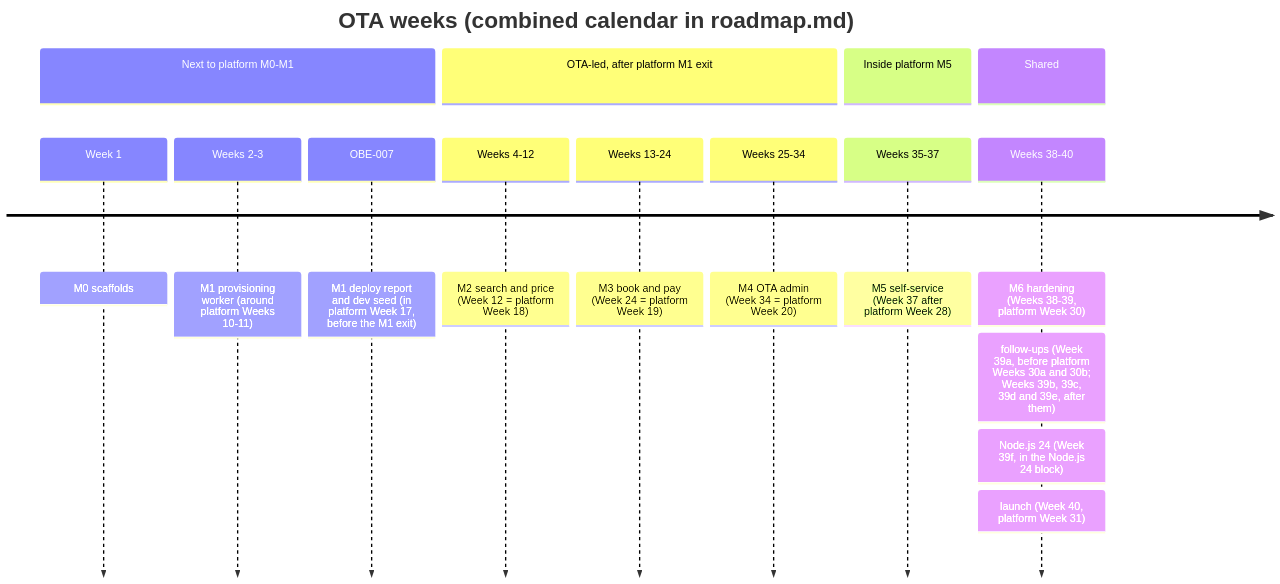
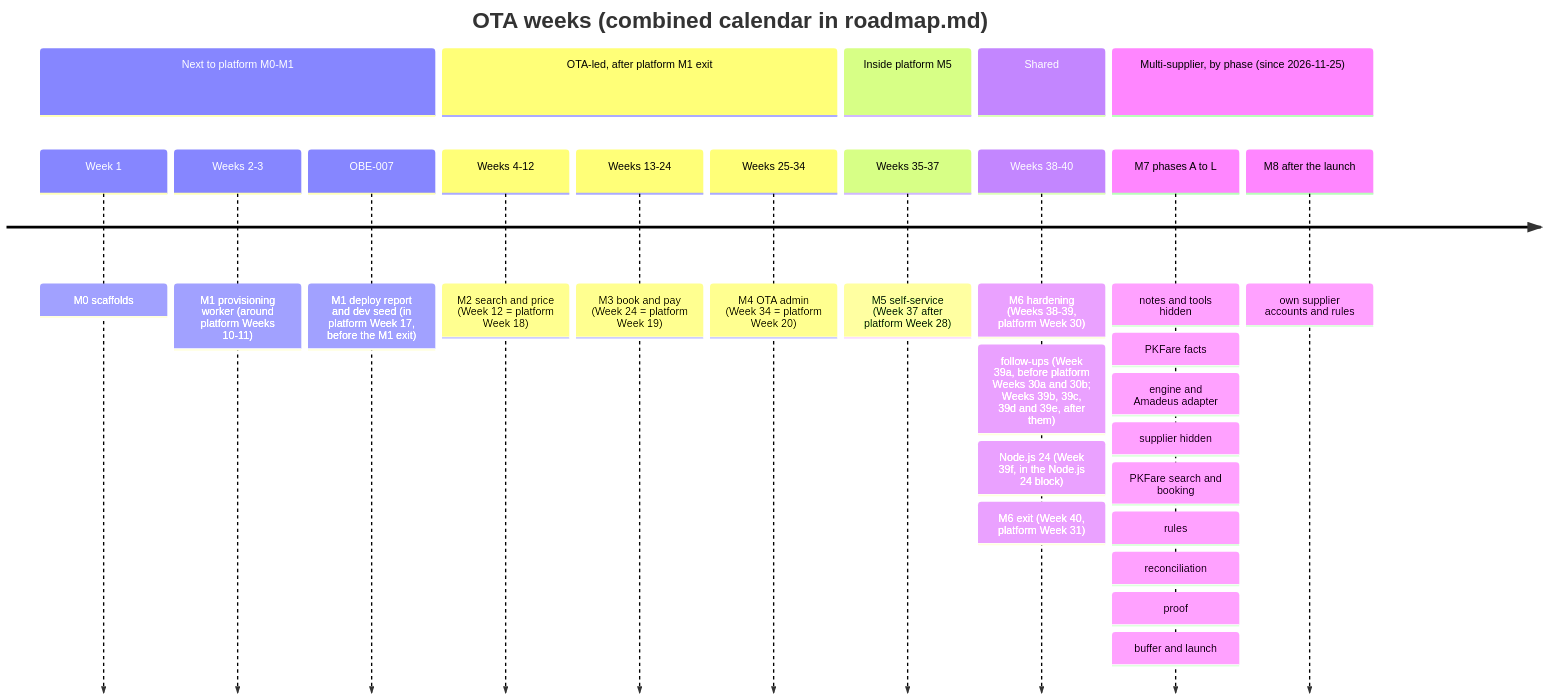
Before and after one commit to bhagwati-prasad/velexis-ota: the diagram in ota/docs/plans/solo-developer-plan.md, drawn with Mermaid. The commit also changed other lines of this file and 35 other files, not shown here.

````diff
--- a/ota/docs/plans/solo-developer-plan.md
+++ b/ota/docs/plans/solo-developer-plan.md
@@ -73,16 +75,19 @@
 ```mermaid
 timeline
   title OTA weeks (combined calendar in roadmap.md)
   section Next to platform M0-M1
     Week 1 : M0 scaffolds
     Weeks 2-3 : M1 provisioning worker (around platform Weeks 10-11)
     OBE-007 : M1 deploy report and dev seed (in platform Week 17, before the M1 exit)
   section OTA-led, after platform M1 exit
     Weeks 4-12 : M2 search and price (Week 12 = platform Week 18)
     Weeks 13-24 : M3 book and pay (Week 24 = platform Week 19)
     Weeks 25-34 : M4 OTA admin (Week 34 = platform Week 20)
   section Inside platform M5
     Weeks 35-37 : M5 self-service (Week 37 after platform Week 28)
   section Shared
-    Weeks 38-40 : M6 hardening (Weeks 38-39, platform Week 30) : follow-ups (Week 39a, before platform Weeks 30a and 30b; Weeks 39b, 39c, 39d and 39e, after them) : Node.js 24 (Week 39f, in the Node.js 24 block) : launch (Week 40, platform Week 31)
+    Weeks 38-40 : M6 hardening (Weeks 38-39, platform Week 30) : follow-ups (Week 39a, before platform Weeks 30a and 30b; Weeks 39b, 39c, 39d and 39e, after them) : Node.js 24 (Week 39f, in the Node.js 24 block) : M6 exit (Week 40, platform Week 31)
+  section Multi-supplier, by phase (since 2026-11-25)
+    M7 phases A to L : notes and tools hidden : PKFare facts : engine and Amadeus adapter : supplier hidden : PKFare search and booking : rules : reconciliation : proof : buffer and launch
+    M8 after the launch : own supplier accounts and rules
 ```
````
